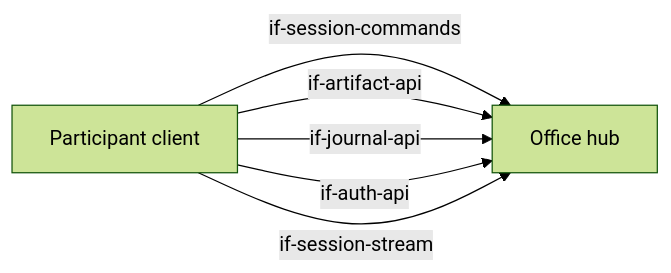
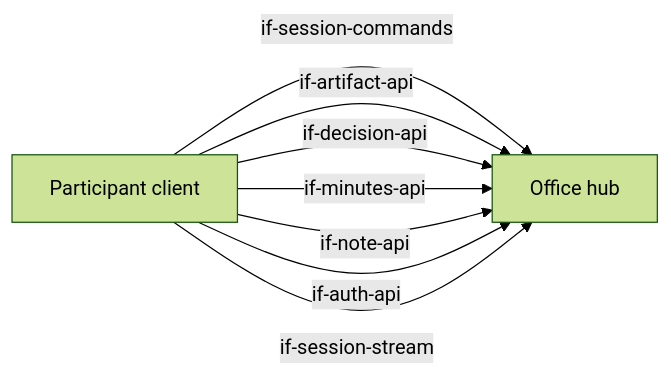
The first of 3 diagrams in docs/architecture/05-building-blocks.arc42.md (mrsimpson/agentic-office), drawn with Mermaid (forest theme) before and after one commit. The commit also changed other lines of this file and 51 other files, not shown here.

First line of the commit message:
Records: split the journal into decisions, minutes and notes

````diff
--- a/docs/architecture/05-building-blocks.arc42.md
+++ b/docs/architecture/05-building-blocks.arc42.md
@@ -24,10 +24,12 @@
 ```mermaid
 flowchart LR
     bb_office_hub[Office hub]
     bb_participant_client[Participant client]
     bb_participant_client -->|if-session-commands| bb_office_hub
     bb_participant_client -->|if-artifact-api| bb_office_hub
-    bb_participant_client -->|if-journal-api| bb_office_hub
+    bb_participant_client -->|if-decision-api| bb_office_hub
+    bb_participant_client -->|if-minutes-api| bb_office_hub
+    bb_participant_client -->|if-note-api| bb_office_hub
     bb_participant_client -->|if-auth-api| bb_office_hub
     bb_participant_client -->|if-session-stream| bb_office_hub
 ```
````
